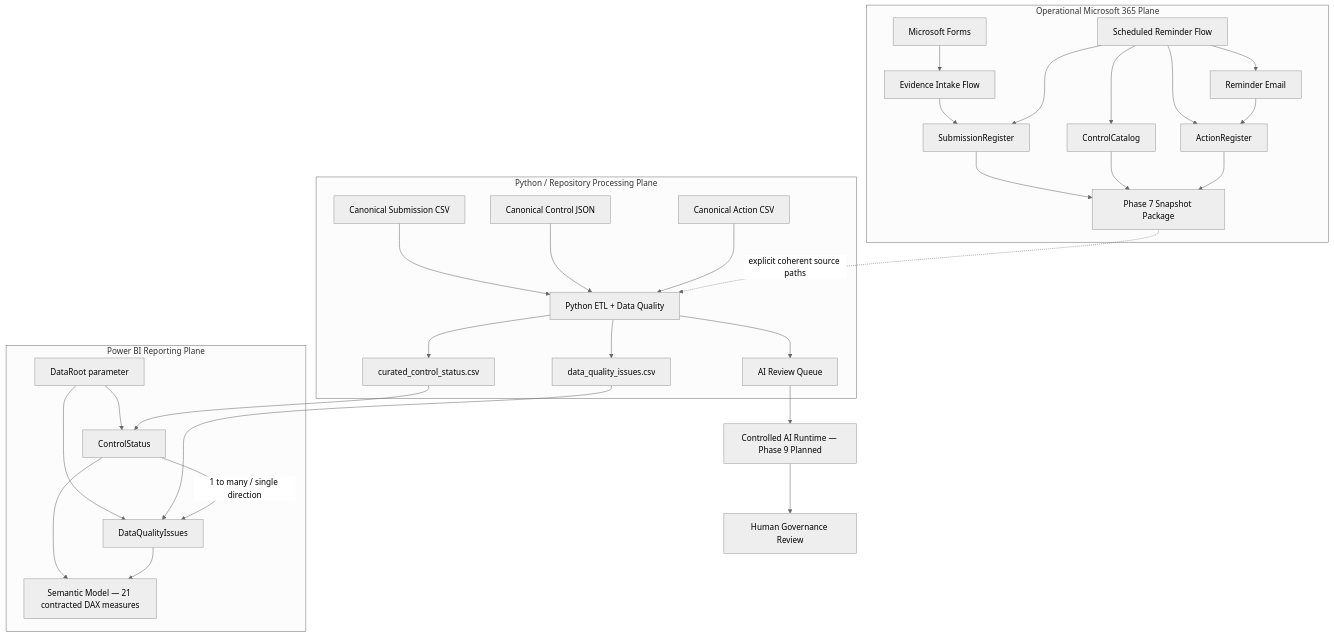
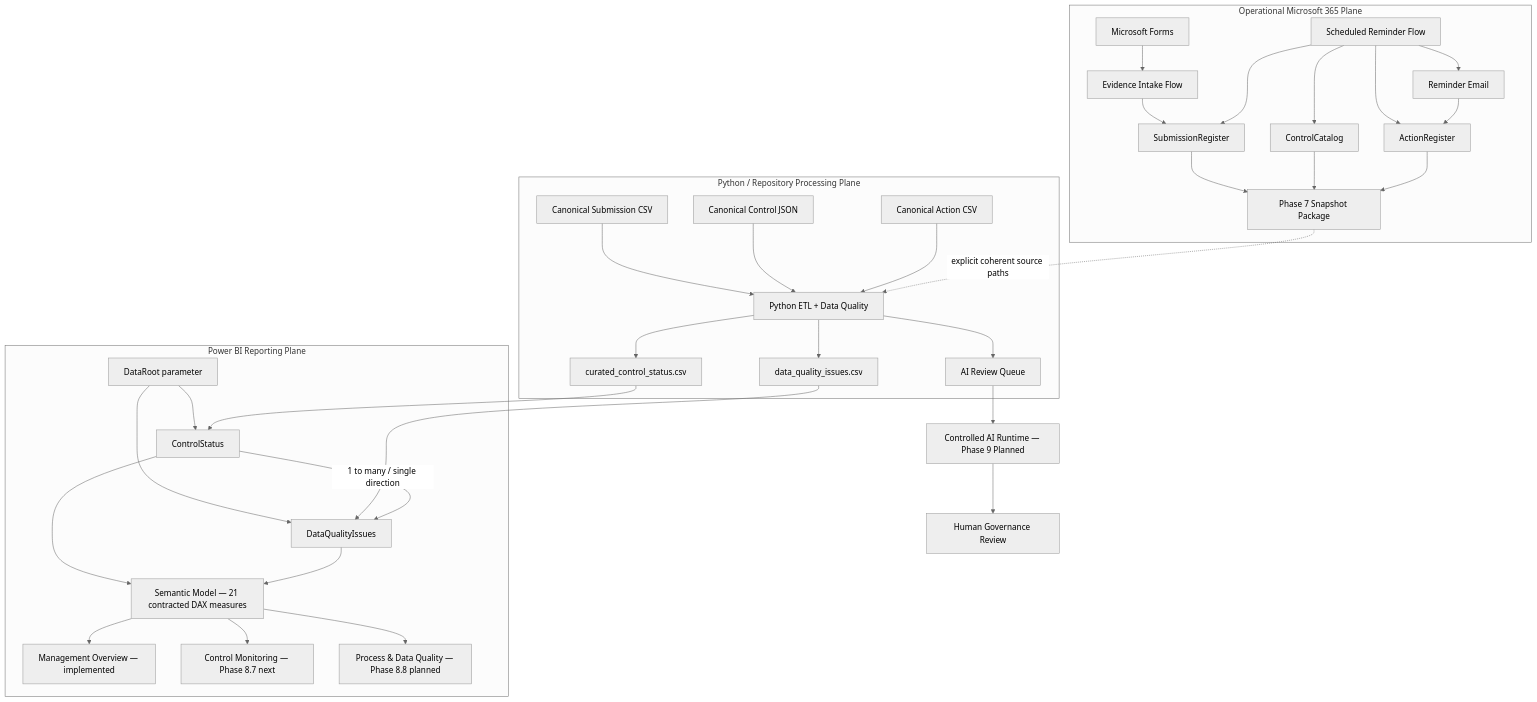
Before and after one commit to gw-ai-security/cyber-governance-automation-lab: the diagram in docs/architecture.md, drawn with Mermaid (neutral theme). The commit also changed other lines of this file, not shown here.

Commit message:
docs: synchronize current architecture through Phase 8.6

````diff
--- a/docs/architecture.md
+++ b/docs/architecture.md
@@ -134,40 +134,43 @@
 ```mermaid
 flowchart TD
     subgraph OP[Operational Microsoft 365 Plane]
         A[Microsoft Forms] --> B[Evidence Intake Flow]
         B --> C[SubmissionRegister]
 
         D[Scheduled Reminder Flow] --> C
         D --> E[ControlCatalog]
         D --> F[ActionRegister]
         D --> G[Reminder Email]
         G --> F
 
         C --> S[Phase 7 Snapshot Package]
         E --> S
         F --> S
     end
 
     subgraph PY[Python / Repository Processing Plane]
         H[Canonical Submission CSV] --> K[Python ETL + Data Quality]
         I[Canonical Control JSON] --> K
         J[Canonical Action CSV] --> K
         S -. explicit coherent source paths .-> K
         K --> L[curated_control_status.csv]
         K --> M[data_quality_issues.csv]
         K --> N[AI Review Queue]
     end
 
     subgraph BI[Power BI Reporting Plane]
         DR[DataRoot parameter] --> CS[ControlStatus]
         DR --> DQ[DataQualityIssues]
         L --> CS
         M --> DQ
         CS -->|1 to many / single direction| DQ
         CS --> SM[Semantic Model — 21 contracted DAX measures]
         DQ --> SM
+        SM --> MO[Management Overview — implemented]
+        SM --> CM[Control Monitoring — Phase 8.7 next]
+        SM --> PDQ[Process & Data Quality — Phase 8.8 planned]
     end
 
     N --> Q[Controlled AI Runtime — Phase 9 Planned]
     Q --> R[Human Governance Review]
 ```
````
